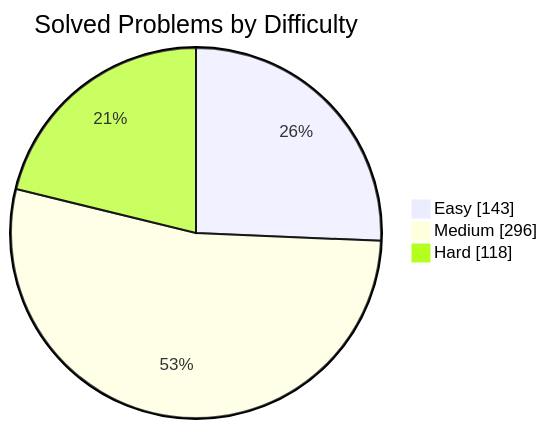
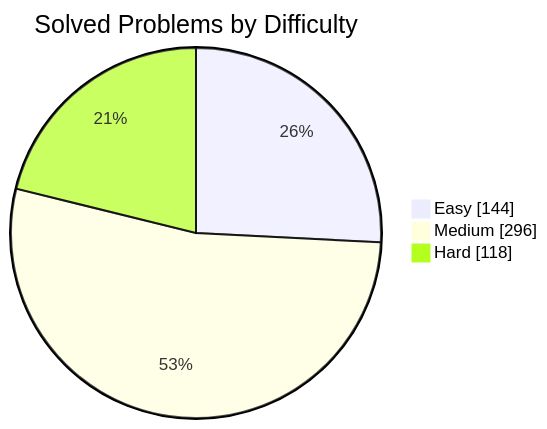
The first of 2 diagrams in README.md (manikantbindass/DSA-Preparation-FAANG), drawn with Mermaid before and after one commit. The commit also changed other lines of this file and 1 other file, not shown here.

````diff
--- a/README.md
+++ b/README.md
@@ -79,7 +79,7 @@
 ```mermaid
 pie showData
     title Solved Problems by Difficulty
-    "Easy" : 143
+    "Easy" : 144
     "Medium" : 296
     "Hard" : 118
 ```
````
